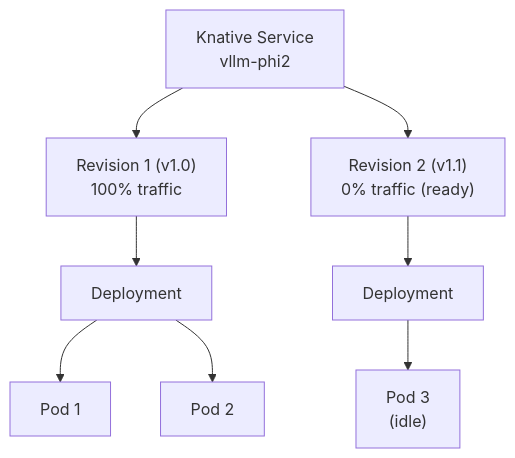
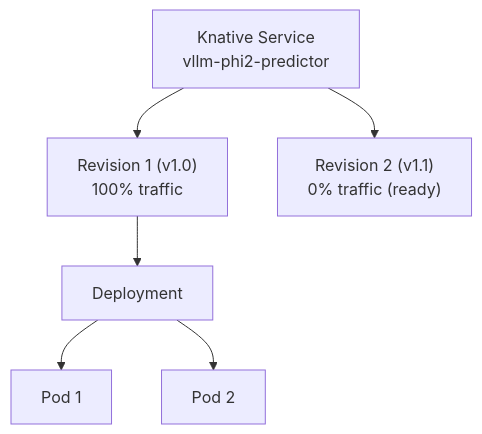
Before and after one commit to Dericko681/local-model-deployment: the fourth of 5 diagrams in docs/concepts.md, drawn with Mermaid. The commit also changed other lines of this file and 7 other files, not shown here.

````diff
--- a/docs/concepts.md
+++ b/docs/concepts.md
@@ -235,13 +196,10 @@
 ```mermaid
 flowchart TB
-    KSvc["Knative Service<br/>vllm-phi2"]
+    KSvc["Knative Service<br/>vllm-phi2-predictor"]
     KSvc --> Rev1["Revision 1 (v1.0)<br/>100% traffic"]
     KSvc --> Rev2["Revision 2 (v1.1)<br/>0% traffic (ready)"]
 
     Rev1 --> Dep1["Deployment"]
     Dep1 --> P1["Pod 1"]
     Dep1 --> P2["Pod 2"]
-
-    Rev2 --> Dep2["Deployment"]
-    Dep2 --> P3["Pod 3<br/>(idle)"]
 ```
````
